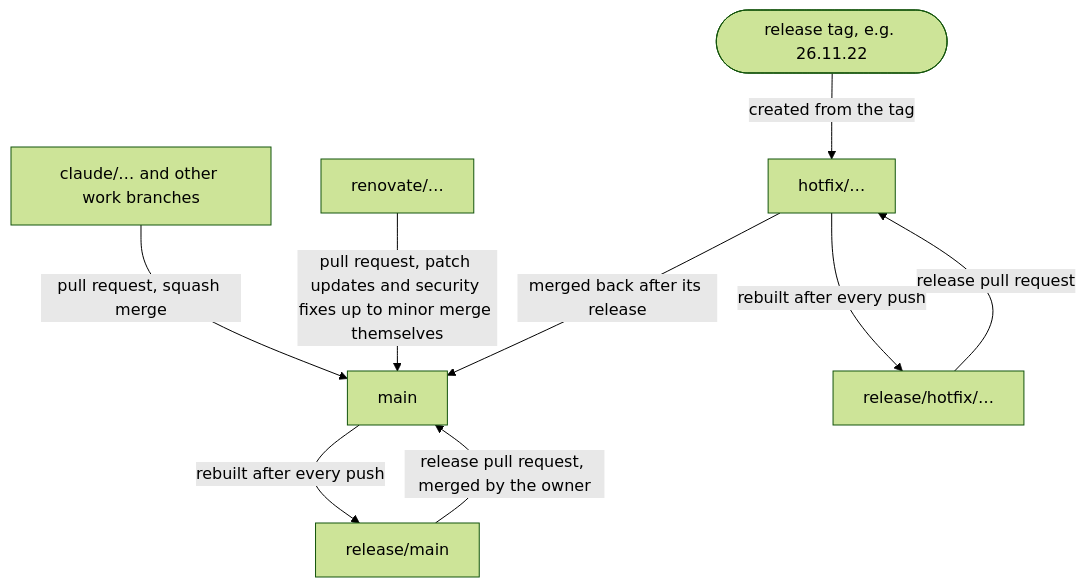
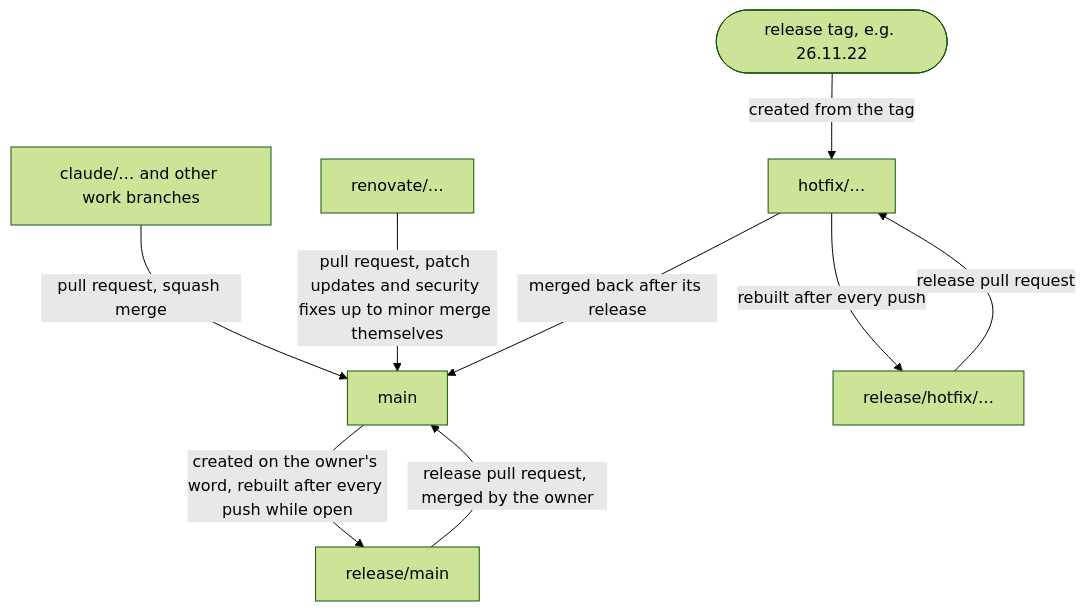
Before and after one commit to Heiss/nova-imperium: the first of 4 diagrams in website/src/content/docs/git-workflow.md, drawn with Mermaid (forest theme). The commit also changed other lines of this file and 247 other files, not shown here.

First line of the commit message:
Release collection 2026-11-24: guards, release flow, main-planet lock, v3 foundation, interface (#395)

````diff
--- a/website/src/content/docs/git-workflow.md
+++ b/website/src/content/docs/git-workflow.md
@@ -17,11 +17,11 @@
 ```mermaid
 flowchart TD
   work["claude/… and other work branches"] -->|"pull request, squash merge"| main
   renovate["renovate/…"] -->|"pull request, patch updates and security fixes up to minor merge themselves"| main
-  main -->|"rebuilt after every push"| relmain["release/main"]
+  main -->|"created on the owner's word, rebuilt after every push while open"| relmain["release/main"]
   relmain -->|"release pull request, merged by the owner"| main
   tag(["release tag, e.g. 26.11.22"]) -->|"created from the tag"| hotfix["hotfix/…"]
   hotfix -->|"rebuilt after every push"| relhot["release/hotfix/…"]
   relhot -->|"release pull request"| hotfix
   hotfix -->|"merged back after its release"| main
 ```
````
